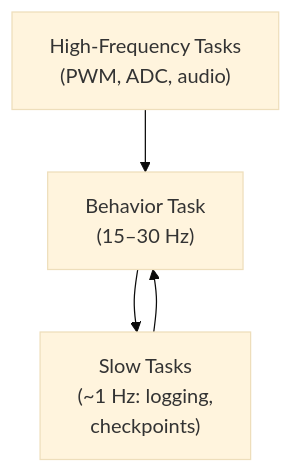
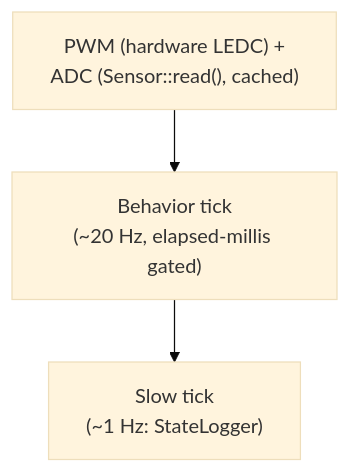
One commit to sloev/emergent changed the fifth of 5 diagrams in docs/synth-behavior.md. Above: the diagram before and after it, drawn with Mermaid (base theme). The commit also changed other lines of this file and 1 other file, not shown here.

````diff
--- a/docs/synth-behavior.md
+++ b/docs/synth-behavior.md
@@ -1045,10 +873,9 @@
 ```mermaid
 graph TD
-    hf["High-Frequency Tasks<br/>(PWM, ADC, audio)"]
-    beh["Behavior Task<br/>(15–30 Hz)"]
-    slow["Slow Tasks<br/>(~1 Hz: logging,<br/>checkpoints)"]
+    hf["PWM (hardware LEDC) +<br/>ADC (Sensor::read(), cached)"]
+    beh["Behavior tick<br/>(~20 Hz, elapsed-millis gated)"]
+    slow["Slow tick<br/>(~1 Hz: StateLogger)"]
 
     hf --> beh
     beh --> slow
-    slow --> beh
 ```
````
